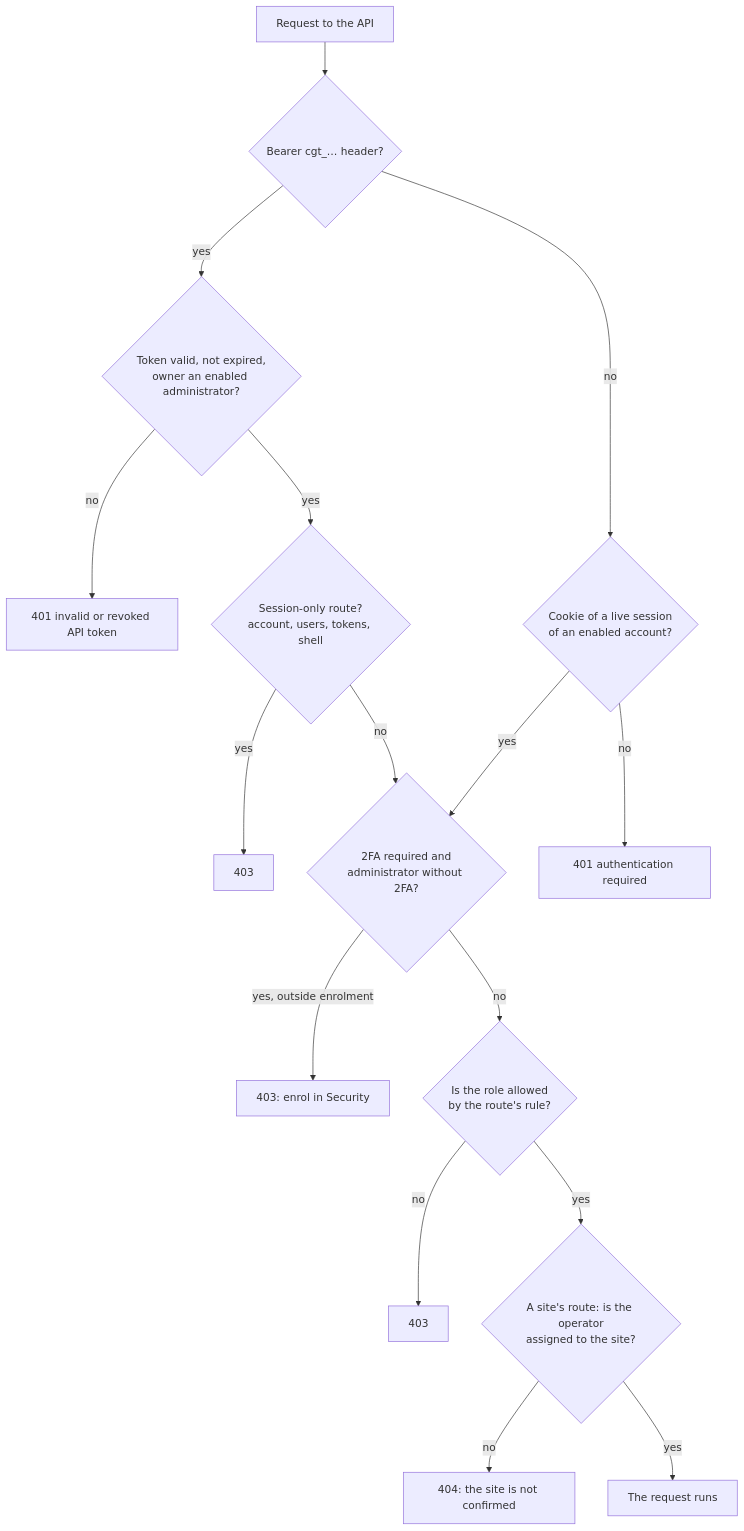
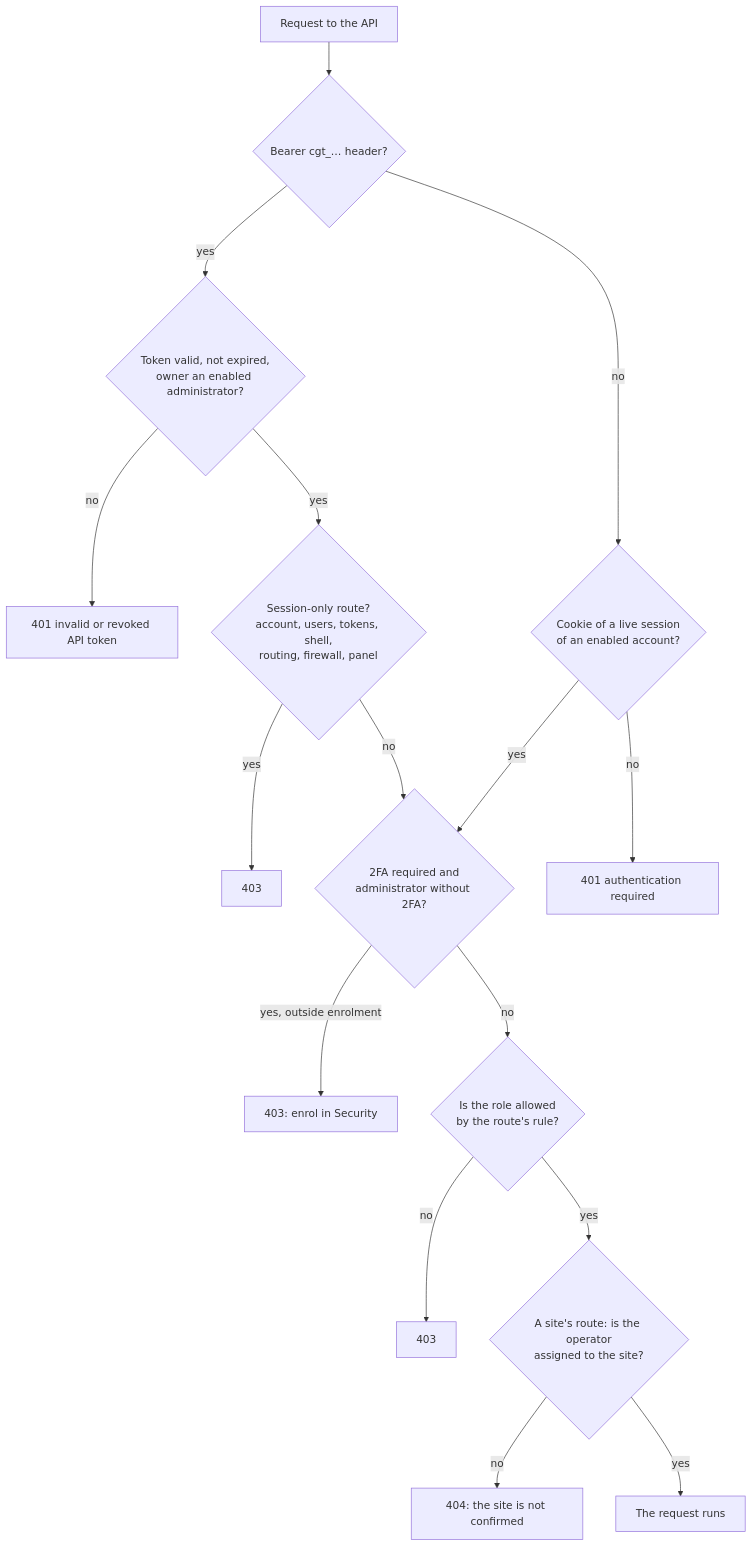
Before and after one commit to cloudground-it/cloudground-docs: the diagram in i18n/en/docusaurus-plugin-content-docs/current/reference/roles-and-permissions.mdx, drawn with Mermaid. The commit also changed other lines of this file and 11 other files, not shown here.

First line of the commit message:
access: protected paths, the firewall from the panel, keys-only SFTP

````diff
--- a/i18n/en/docusaurus-plugin-content-docs/current/reference/roles-and-permissions.mdx
+++ b/i18n/en/docusaurus-plugin-content-docs/current/reference/roles-and-permissions.mdx
@@ -23,18 +23,18 @@
 ```mermaid
 flowchart TD
   R["Request to the API"] --> T{"Bearer cgt_… header?"}
   T -- yes --> TV{"Token valid, not expired,<br/>owner an enabled administrator?"}
   TV -- no --> E401a["401 invalid or revoked API token"]
-  TV -- yes --> SO{"Session-only route?<br/>account, users, tokens, shell"}
+  TV -- yes --> SO{"Session-only route?<br/>account, users, tokens, shell,<br/>routing, firewall, panel"}
   SO -- yes --> E403a["403"]
   SO -- no --> TF
   T -- no --> S{"Cookie of a live session<br/>of an enabled account?"}
   S -- no --> E401b["401 authentication required"]
   S -- yes --> TF{"2FA required and<br/>administrator without 2FA?"}
   TF -- "yes, outside enrolment" --> E403b["403: enrol in Security"]
   TF -- no --> P{"Is the role allowed<br/>by the route's rule?"}
   P -- no --> E403c["403"]
   P -- yes --> L{"A site's route: is the operator<br/>assigned to the site?"}
   L -- no --> E404["404: the site is not confirmed"]
   L -- yes --> H["The request runs"]
 ```
````
